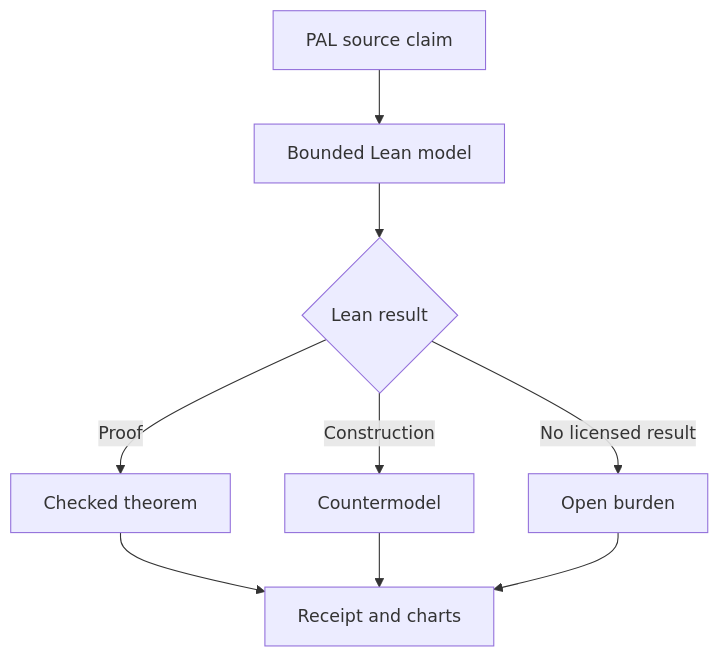
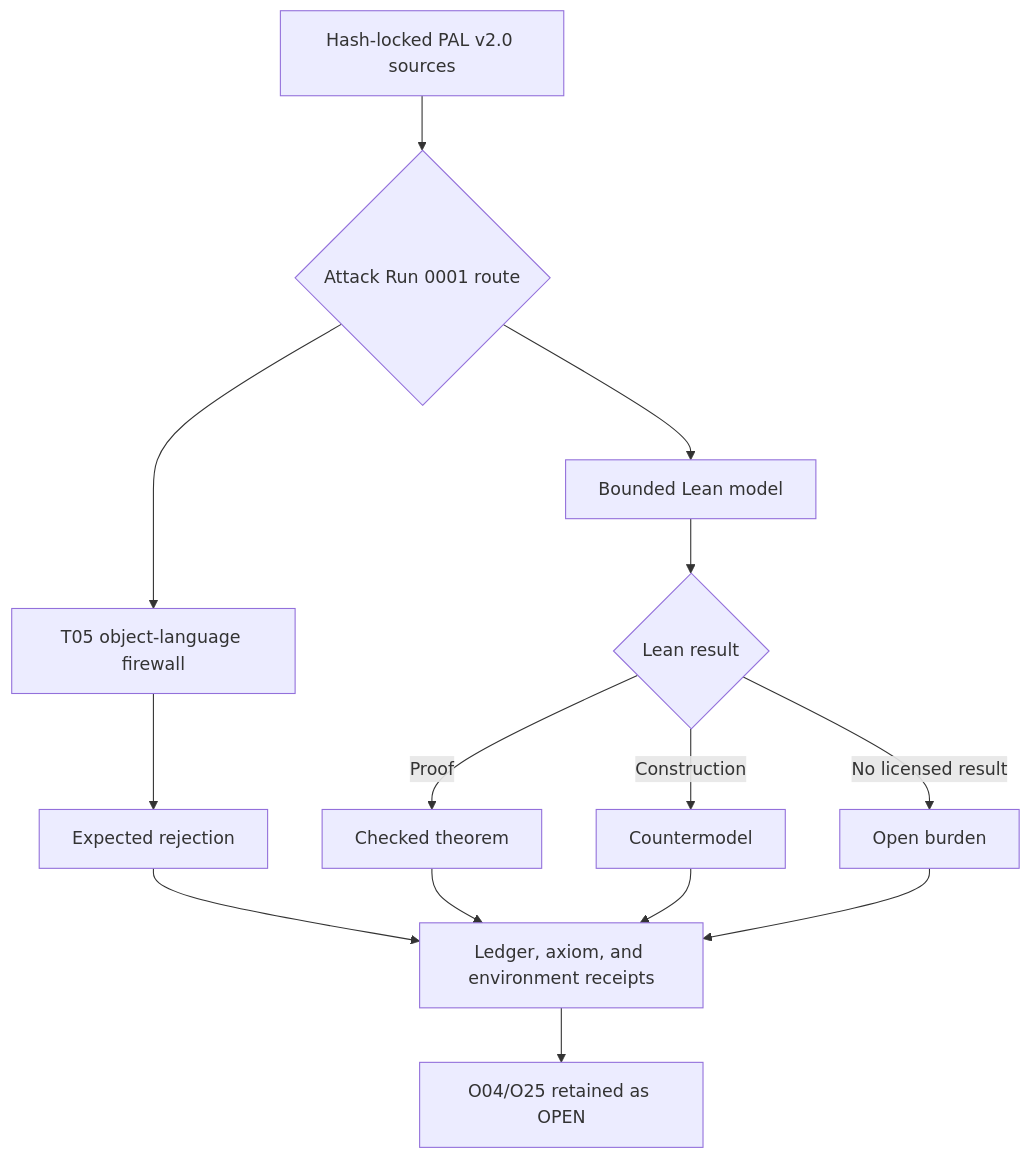
The diagram in README.md (Grativy6/PAL-Lean-Audit), drawn with Mermaid before and after one commit. The commit also changed other lines of this file and 16 other files, not shown here.

Commit message:
Implement Attack Run 0001

````diff
--- a/README.md
+++ b/README.md
@@ -37,11 +37,16 @@
 ```mermaid
 flowchart TD
-    S["PAL source claim"] --> M["Bounded Lean model"]
+    S["Hash-locked PAL v2.0 sources"] --> F{"Attack Run 0001 route"}
+    F --> W["T05 object-language firewall"]
+    F --> M["Bounded Lean model"]
+    W --> E["Expected rejection"]
     M --> K{"Lean result"}
     K -->|Proof| P["Checked theorem"]
     K -->|Construction| C["Countermodel"]
     K -->|No licensed result| O["Open burden"]
-    P --> R["Receipt and charts"]
+    E --> R["Ledger, axiom, and environment receipts"]
+    P --> R
     C --> R
     O --> R
+    R --> D["O04/O25 retained as OPEN"]
 ```
````
